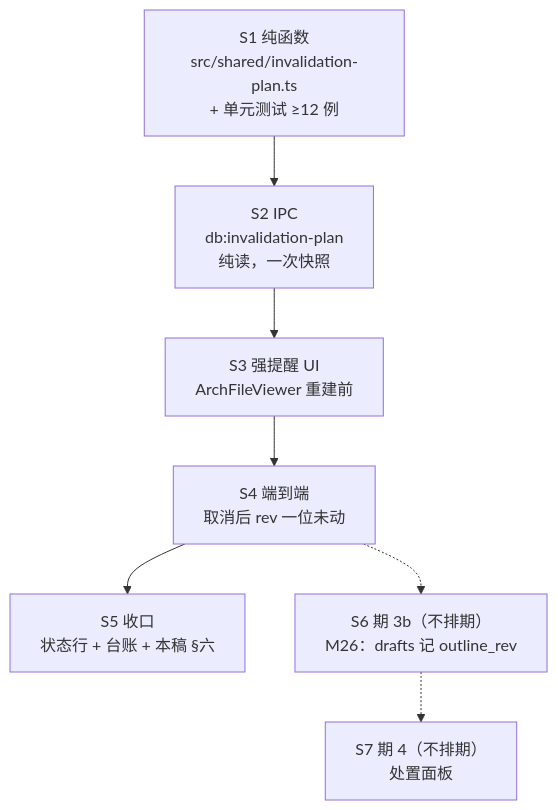
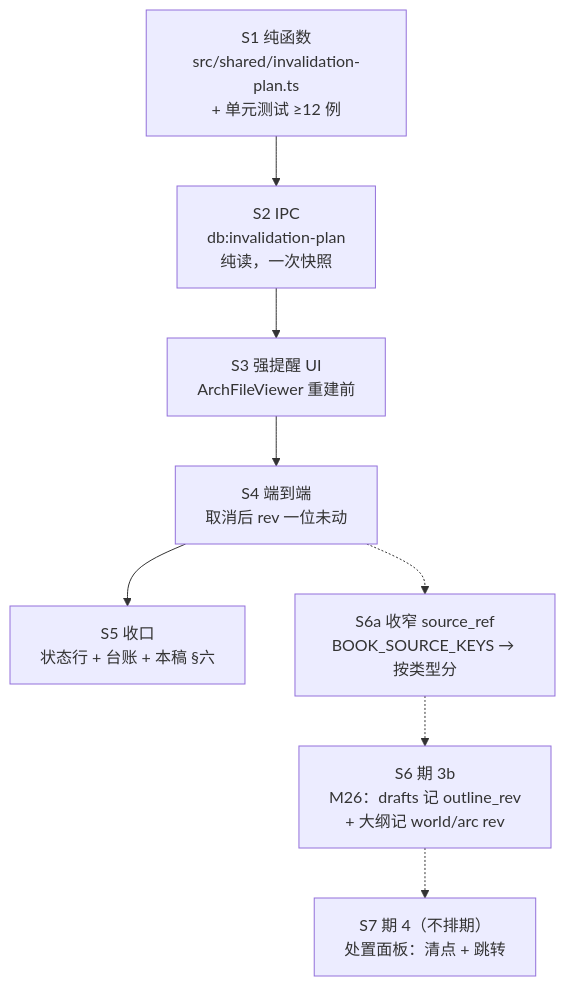
The diagram in docs/design/architecture/upstream-invalidation-phase3-plan-and-ui.md (byfbaish/AI-Novel-Writer), drawn with Mermaid before and after one commit. The commit also changed other lines of this file and 2 other files, not shown here.

````diff
--- a/docs/design/architecture/upstream-invalidation-phase3-plan-and-ui.md
+++ b/docs/design/architecture/upstream-invalidation-phase3-plan-and-ui.md
@@ -91,12 +92,13 @@
 ```mermaid
 flowchart TD
   S1["S1 纯函数<br/>src/shared/invalidation-plan.ts<br/>+ 单元测试 ≥12 例"]
   S2["S2 IPC<br/>db:invalidation-plan<br/>纯读，一次快照"]
   S3["S3 强提醒 UI<br/>ArchFileViewer 重建前"]
   S4["S4 端到端<br/>取消后 rev 一位未动"]
   S5["S5 收口<br/>状态行 + 台账 + 本稿 §六"]
   S1 --> S2 --> S3 --> S4 --> S5
-  S6["S6 期 3b（不排期）<br/>M26：drafts 记 outline_rev"]
-  S7["S7 期 4（不排期）<br/>处置面板"]
-  S4 -.-> S6 -.-> S7
+  S6a["S6a 收窄 source_ref<br/>BOOK_SOURCE_KEYS → 按类型分"]
+  S6["S6 期 3b<br/>M26：drafts 记 outline_rev<br/>+ 大纲记 world/arc rev"]
+  S7["S7 期 4（不排期）<br/>处置面板：清点 + 跳转"]
+  S4 -.-> S6a -.-> S6 -.-> S7
 ```
````
